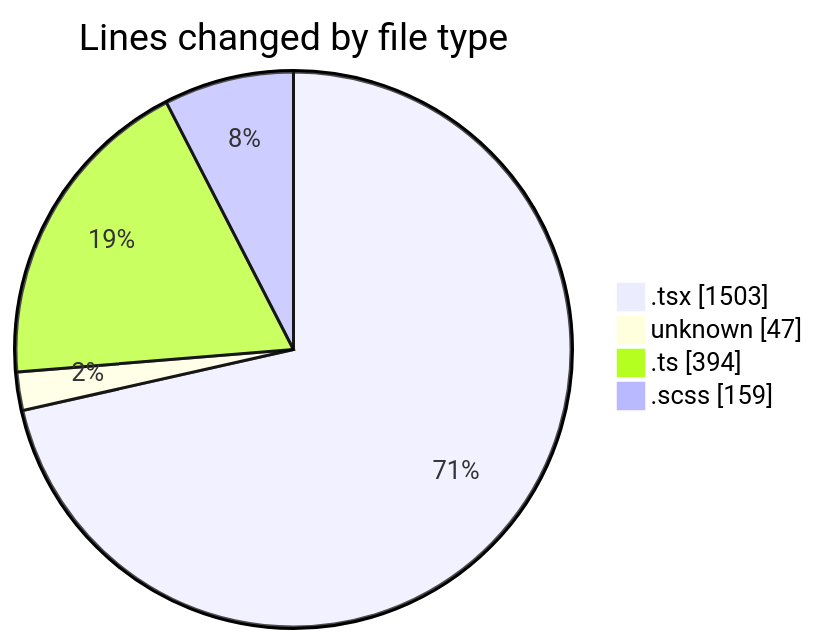
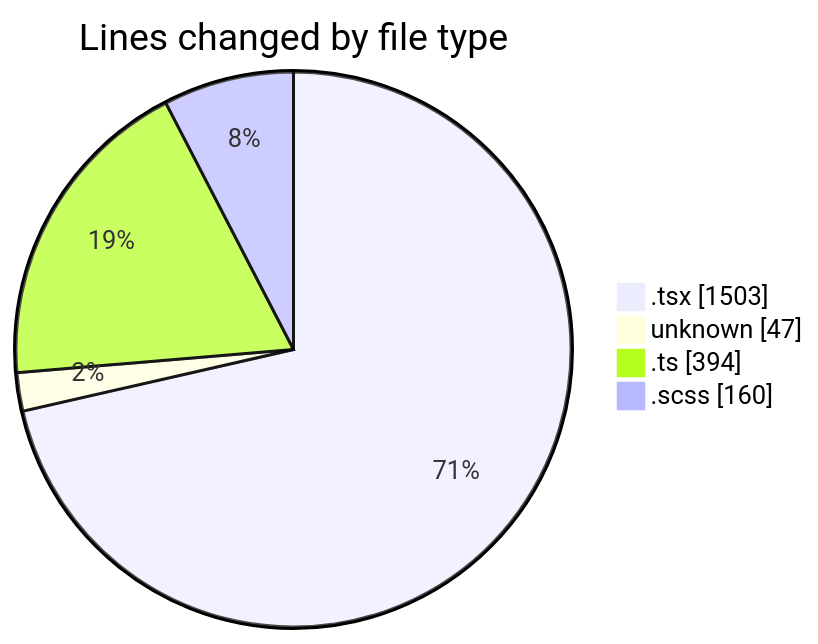
Before and after one commit to momahboobian/code-tracking: the first of 2 diagrams in 2025-09-18/cda/README.md, drawn with Mermaid. The commit also changed other lines of this file and 1 other file, not shown here.

````diff
--- a/2025-09-18/cda/README.md
+++ b/2025-09-18/cda/README.md
@@ -25,8 +25,8 @@
 ```mermaid
 pie showData
 title Lines changed by file type
 ".tsx" : 1503
 "unknown" : 47
 ".ts" : 394
-".scss" : 159
+".scss" : 160
 ```
````
